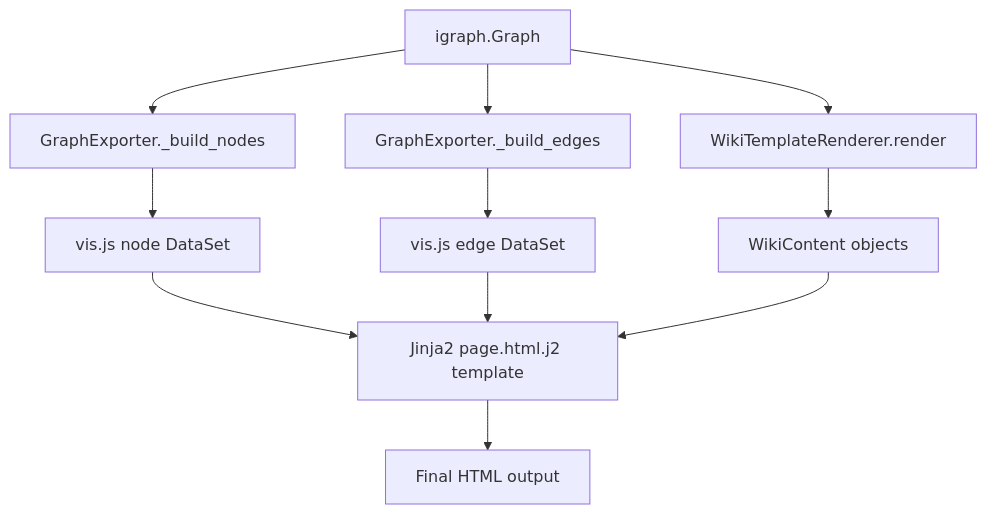
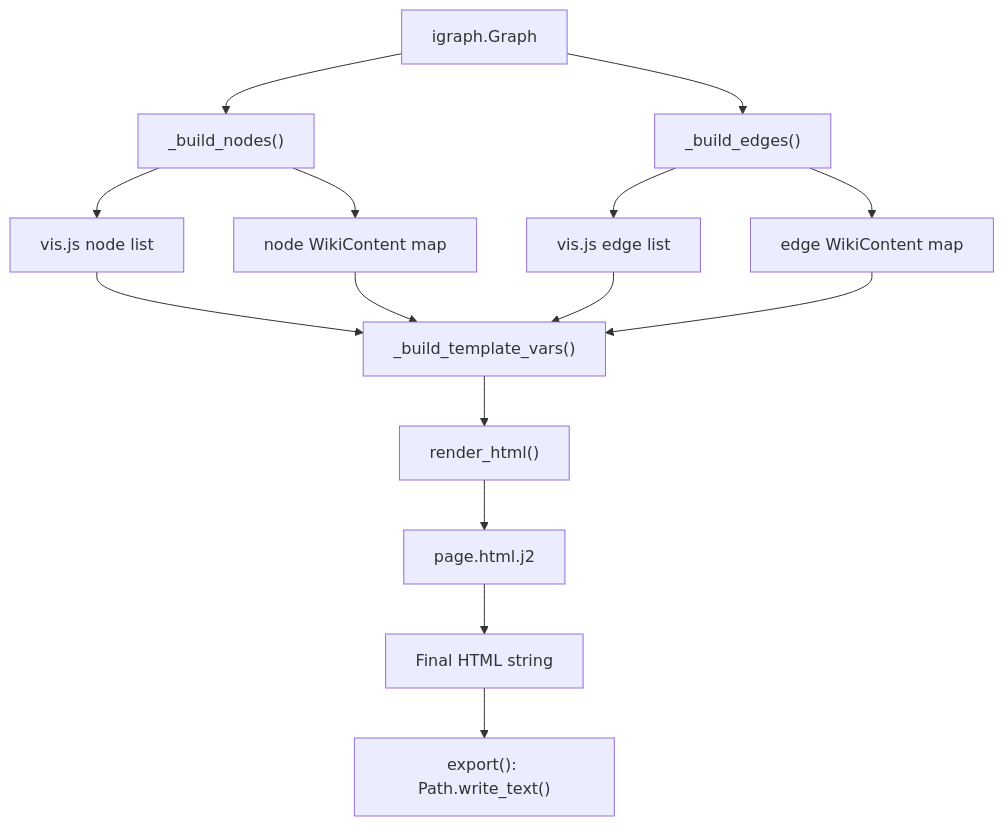
One commit to mark-me/network-wiki changed the first of 2 diagrams in docs-site/docs/developer/architecture.md. Above: the diagram before and after it, drawn with Mermaid. The commit also changed other lines of this file and 14 other files, not shown here.

````diff
--- a/docs-site/docs/developer/architecture.md
+++ b/docs-site/docs/developer/architecture.md
@@ -16,13 +16,17 @@
 ```mermaid
 flowchart TD
-    A[igraph.Graph] --> B[GraphExporter._build_nodes]
-    B --> C[vis.js node DataSet]
-    A --> D[GraphExporter._build_edges]
-    D --> E[vis.js edge DataSet]
-    A --> F[WikiTemplateRenderer.render]
-    F --> G[WikiContent objects]
-    C --> H[Jinja2 page.html.j2 template]
-    E --> H
-    G --> H
-    H --> I[Final HTML output]
+    A[igraph.Graph] --> B["_build_nodes()"]
+    B --> C[vis.js node list]
+    B --> CW[node WikiContent map]
+    A --> D["_build_edges()"]
+    D --> E[vis.js edge list]
+    D --> DW[edge WikiContent map]
+    C --> F["_build_template_vars()"]
+    E --> F
+    CW --> F
+    DW --> F
+    F --> G["render_html()"]
+    G --> H[page.html.j2]
+    H --> I[Final HTML string]
+    I --> J["export(): Path.write_text()"]
 ```
````
